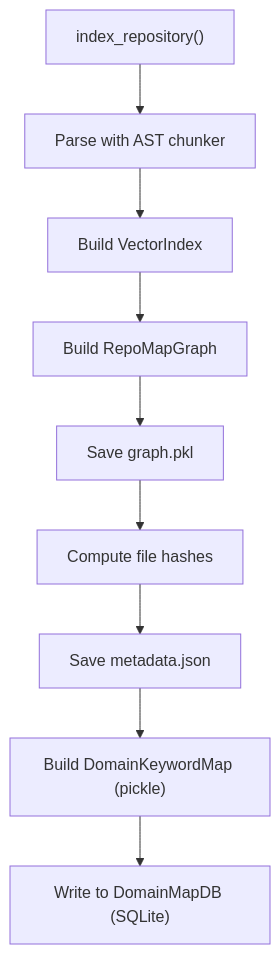
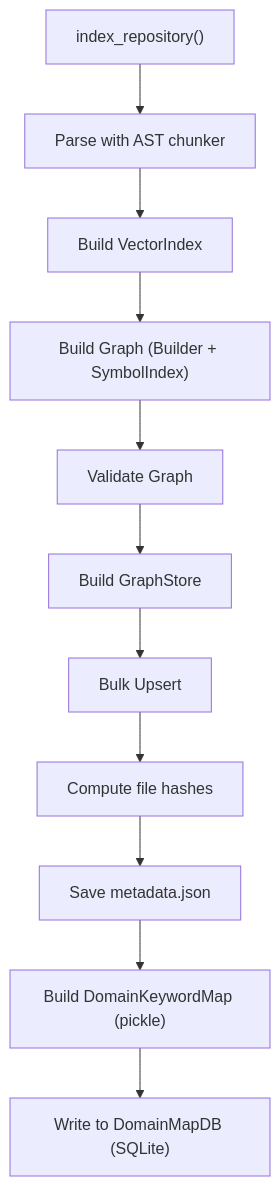
Before and after one commit to maemreyo/zmr-ctx-paker: the ninth of 10 diagrams in .qoder/repowiki/en/content/Core Modules/Graph Engine.md, drawn with Mermaid. The commit also changed other lines of this file and 25 other files, not shown here.

````diff
--- a/.qoder/repowiki/en/content/Core Modules/Graph Engine.md
+++ b/.qoder/repowiki/en/content/Core Modules/Graph Engine.md
@@ -283,11 +475,13 @@
 ```mermaid
 flowchart TD
 A["index_repository()"] --> B["Parse with AST chunker"]
 B --> C["Build VectorIndex"]
-C --> D["Build RepoMapGraph"]
-D --> E["Save graph.pkl"]
-E --> F["Compute file hashes"]
-F --> G["Save metadata.json"]
-G --> H["Build DomainKeywordMap (pickle)"]
-H --> I["Write to DomainMapDB (SQLite)"]
+C --> D["Build Graph (Builder + SymbolIndex)"]
+D --> E["Validate Graph"]
+E --> F["Build GraphStore"]
+F --> G["Bulk Upsert"]
+G --> H["Compute file hashes"]
+H --> I["Save metadata.json"]
+I --> J["Build DomainKeywordMap (pickle)"]
+J --> K["Write to DomainMapDB (SQLite)"]
 ```
````
